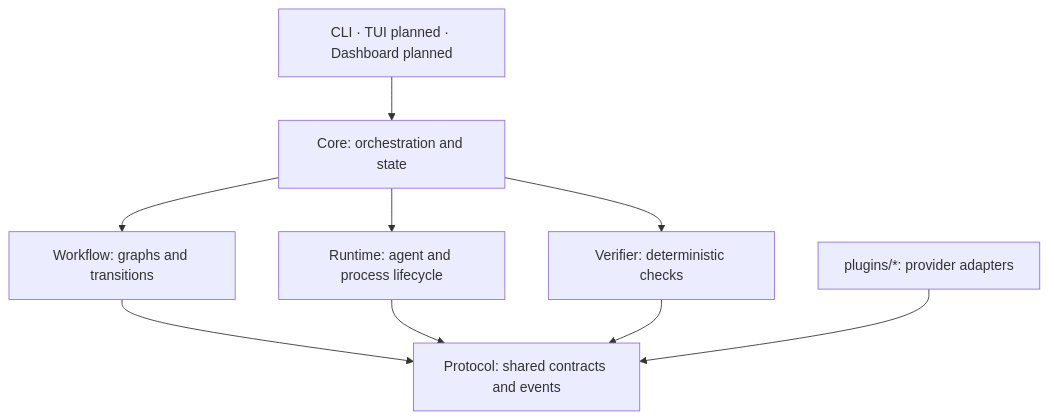
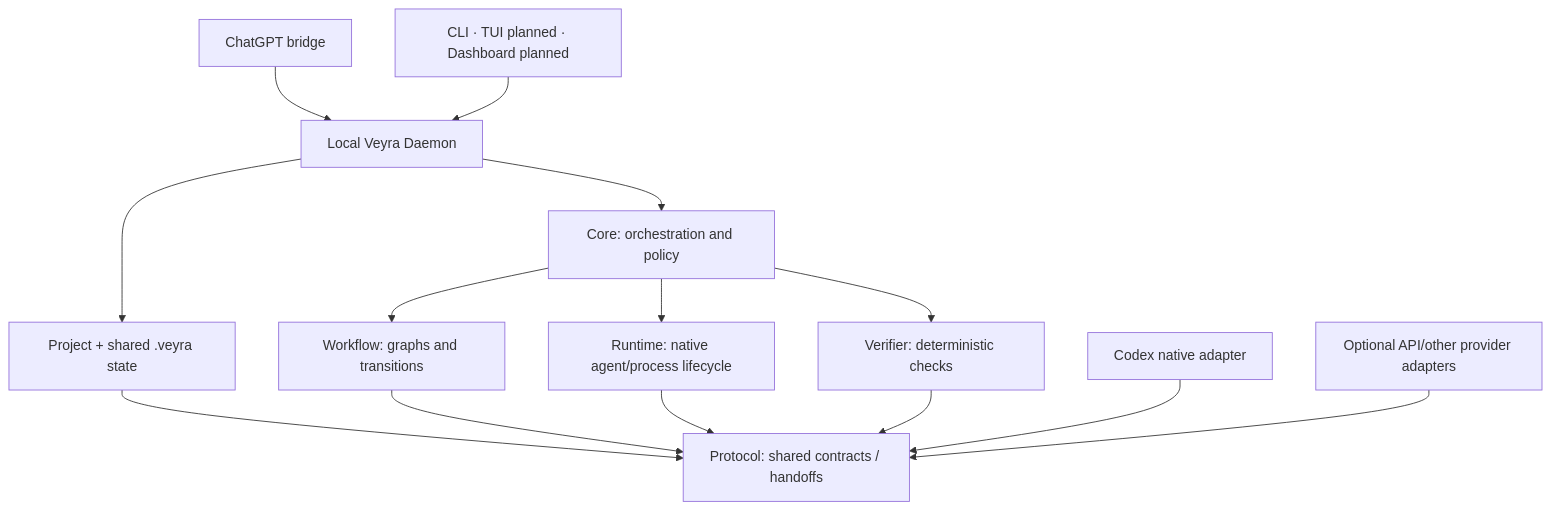
The diagram in README.md (iamzjt-front-end/veyra), drawn with Mermaid before and after one commit. The commit also changed other lines of this file, not shown here.

Commit message:
docs(readme): reposition Veyra around projects and native agents

````diff
--- a/README.md
+++ b/README.md
@@ -81,11 +139,16 @@
 ```mermaid
 flowchart TB
-  surfaces["CLI · TUI planned · Dashboard planned"] --> core["Core: orchestration and state"]
+  chat["ChatGPT bridge"] --> daemon["Local Veyra Daemon"]
+  cli["CLI · TUI planned · Dashboard planned"] --> daemon
+  daemon --> project["Project + shared .veyra state"]
+  daemon --> core["Core: orchestration and policy"]
   core --> workflow["Workflow: graphs and transitions"]
-  core --> runtime["Runtime: agent and process lifecycle"]
+  core --> runtime["Runtime: native agent/process lifecycle"]
   core --> verifier["Verifier: deterministic checks"]
-  workflow --> protocol["Protocol: shared contracts and events"]
+  project --> protocol["Protocol: shared contracts / handoffs"]
+  workflow --> protocol
   runtime --> protocol
   verifier --> protocol
-  adapters["plugins/*: provider adapters"] --> protocol
+  codex["Codex native adapter"] --> protocol
+  optional["Optional API/other provider adapters"] --> protocol
 ```
````
